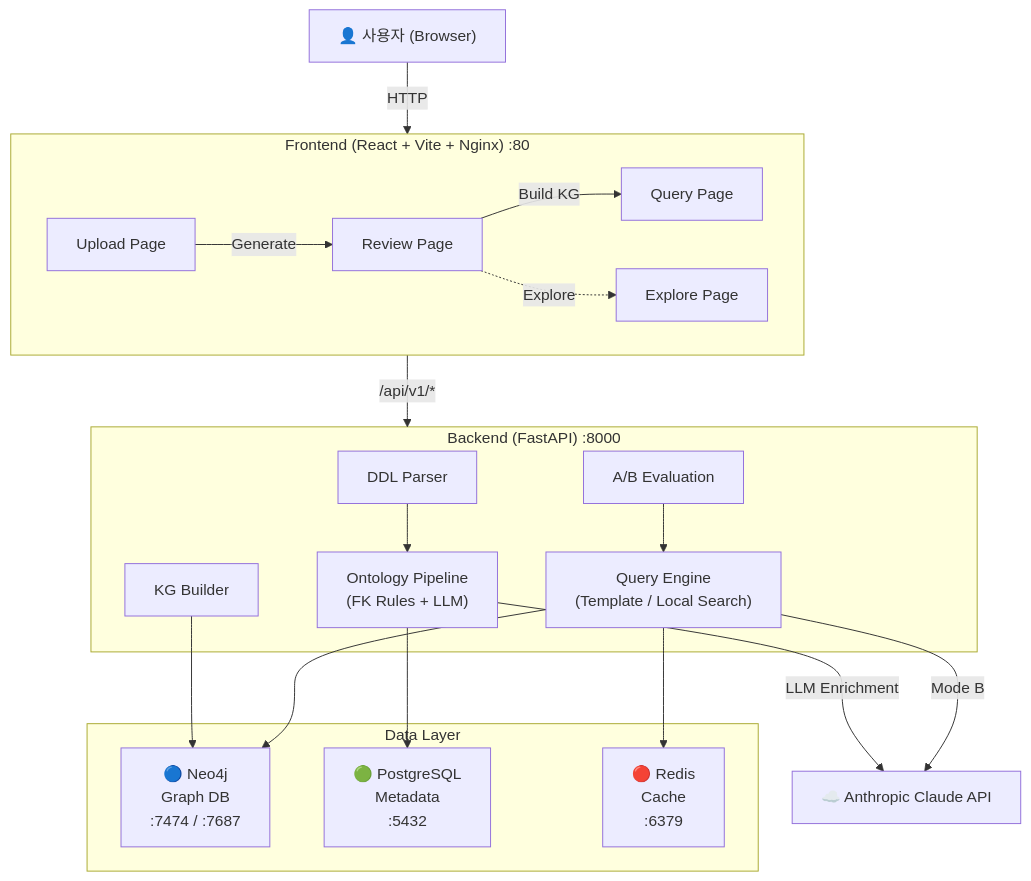
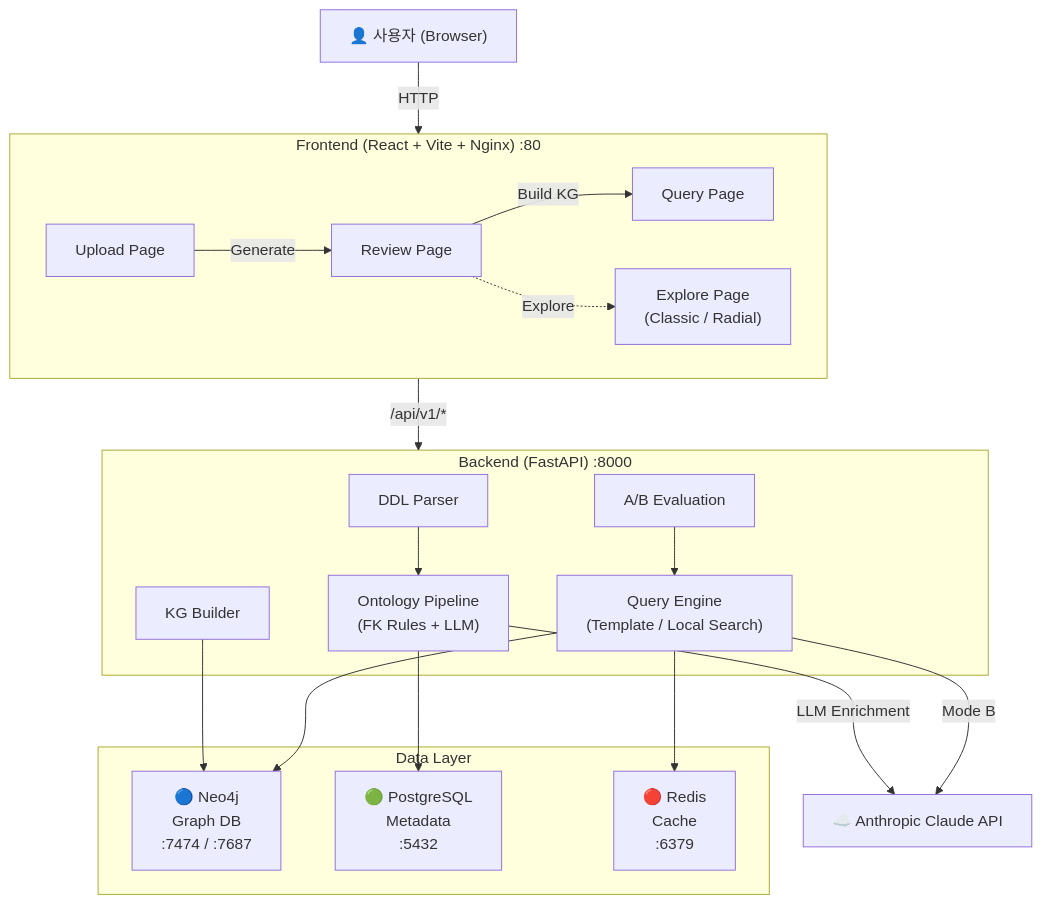
One commit to moinji/GraphRAG changed the diagram in README.md. Above: the diagram before and after it, drawn with Mermaid. The commit also changed other lines of this file and 93 other files, not shown here.

````diff
--- a/README.md
+++ b/README.md
@@ -47,41 +47,41 @@
 ```mermaid
 graph TB
     User["👤 사용자 (Browser)"]
 
     subgraph Frontend["Frontend (React + Vite + Nginx) :80"]
         Upload["Upload Page"]
         Review["Review Page"]
         Query["Query Page"]
-        Explore["Explore Page"]
+        Explore["Explore Page\n(Classic / Radial)"]
         Upload -->|Generate| Review
         Review -->|Build KG| Query
         Review -.->|Explore| Explore
     end
 
     subgraph Backend["Backend (FastAPI) :8000"]
         DDLParser["DDL Parser"]
         OntologyPipeline["Ontology Pipeline\n(FK Rules + LLM)"]
         KGBuilder["KG Builder"]
         QueryEngine["Query Engine\n(Template / Local Search)"]
         Evaluation["A/B Evaluation"]
     end
 
     subgraph Data["Data Layer"]
         Neo4j["🔵 Neo4j\nGraph DB\n:7474 / :7687"]
         Postgres["🟢 PostgreSQL\nMetadata\n:5432"]
         Redis["🔴 Redis\nCache\n:6379"]
     end
 
     Claude["☁️ Anthropic Claude API"]
 
     User -->|HTTP| Frontend
     Frontend -->|"/api/v1/*"| Backend
     DDLParser --> OntologyPipeline
     OntologyPipeline -->|LLM Enrichment| Claude
     OntologyPipeline --> Postgres
     KGBuilder --> Neo4j
     QueryEngine --> Neo4j
     QueryEngine -->|Mode B| Claude
     QueryEngine --> Redis
     Evaluation --> QueryEngine
 ```
````
